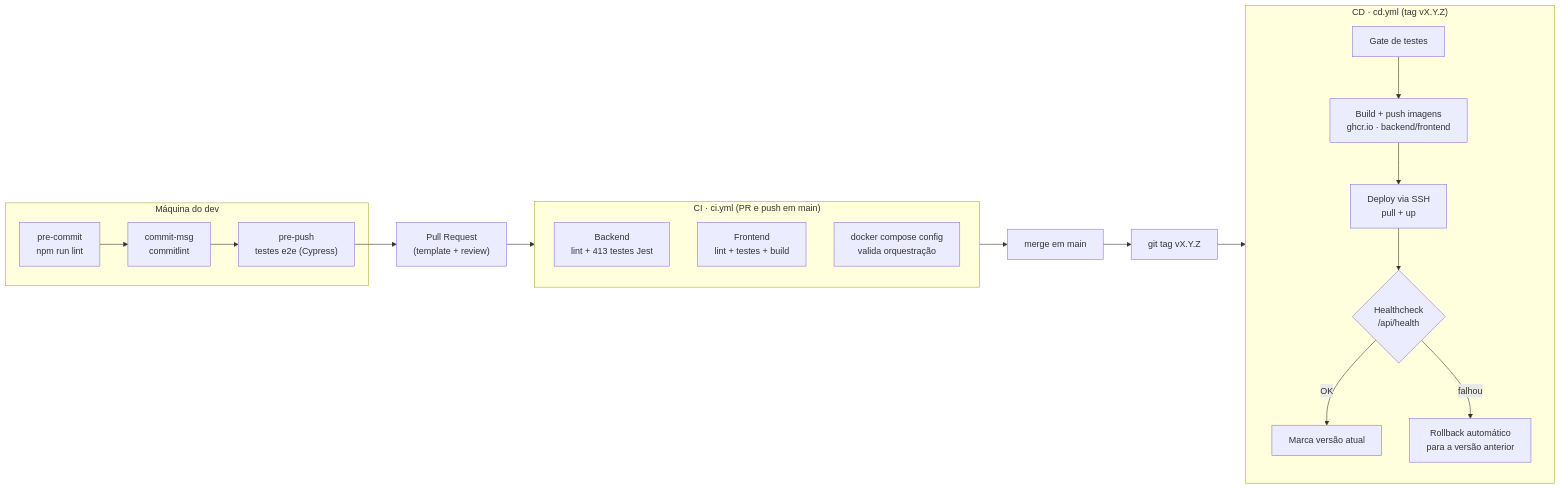
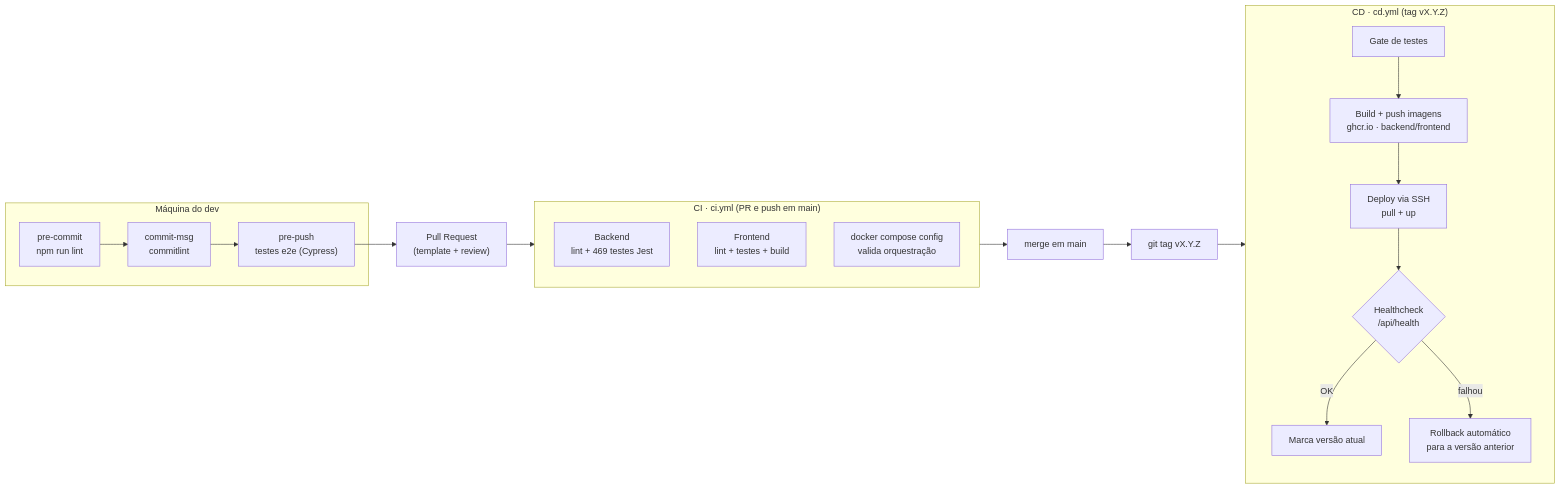
Before and after one commit to LuizZamzicki/agnus-composer: the diagram in docs/arquitetura/entrega-continua.md, drawn with Mermaid. The commit also changed 15 other files, not shown here.

````diff
--- a/docs/arquitetura/entrega-continua.md
+++ b/docs/arquitetura/entrega-continua.md
@@ -5,17 +5,17 @@
 ```mermaid
 flowchart LR
     subgraph DEV["Máquina do dev"]
         H1["pre-commit<br/>npm run lint"] --> H2["commit-msg<br/>commitlint"] --> H3["pre-push<br/>testes e2e (Cypress)"]
     end
     subgraph CI["CI · ci.yml (PR e push em main)"]
-        B["Backend<br/>lint + 413 testes Jest"]
+        B["Backend<br/>lint + 469 testes Jest"]
         F["Frontend<br/>lint + testes + build"]
         C["docker compose config<br/>valida orquestração"]
     end
     subgraph CD["CD · cd.yml (tag vX.Y.Z)"]
         T["Gate de testes"] --> P["Build + push imagens<br/>ghcr.io · backend/frontend"] --> D["Deploy via SSH<br/>pull + up"] --> V{"Healthcheck<br/>/api/health"}
         V -- OK --> OK["Marca versão atual"]
         V -- falhou --> RB["Rollback automático<br/>para a versão anterior"]
     end
     H3 --> PR["Pull Request<br/>(template + review)"] --> CI --> M["merge em main"] --> TAG["git tag vX.Y.Z"] --> CD
 ```
````
